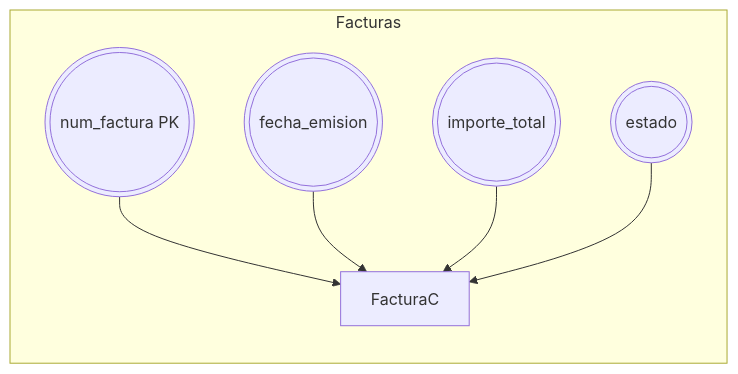
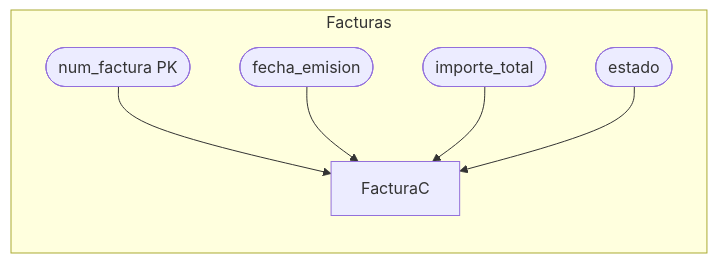
The fifth of 7 diagrams in DataBases/lonja_DB.md (JulTob/Data), drawn with Mermaid before and after one commit. The commit also changed other lines of this file, not shown here.

````diff
--- a/DataBases/lonja_DB.md
+++ b/DataBases/lonja_DB.md
@@ -196,11 +196,11 @@
 ```mermaid
 flowchart LR   
 
   %% Atributos FACTURA_COMPRADOR
   subgraph Facturas
-  num_fact_c(((num_factura PK))):::atributo --> FacturaC
-  fecha_emision_c(((fecha_emision))):::atributo --> FacturaC
-  importe_total_c(((importe_total))):::atributo --> FacturaC
-  estado_c(((estado))):::atributo --> FacturaC
+  num_fact_c([num_factura PK]):::atributo --> FacturaC
+  fecha_emision_c([fecha_emision]):::atributo --> FacturaC
+  importe_total_c([importe_total]):::atributo --> FacturaC
+  estado_c([estado]):::atributo --> FacturaC
   end
 ```
````
